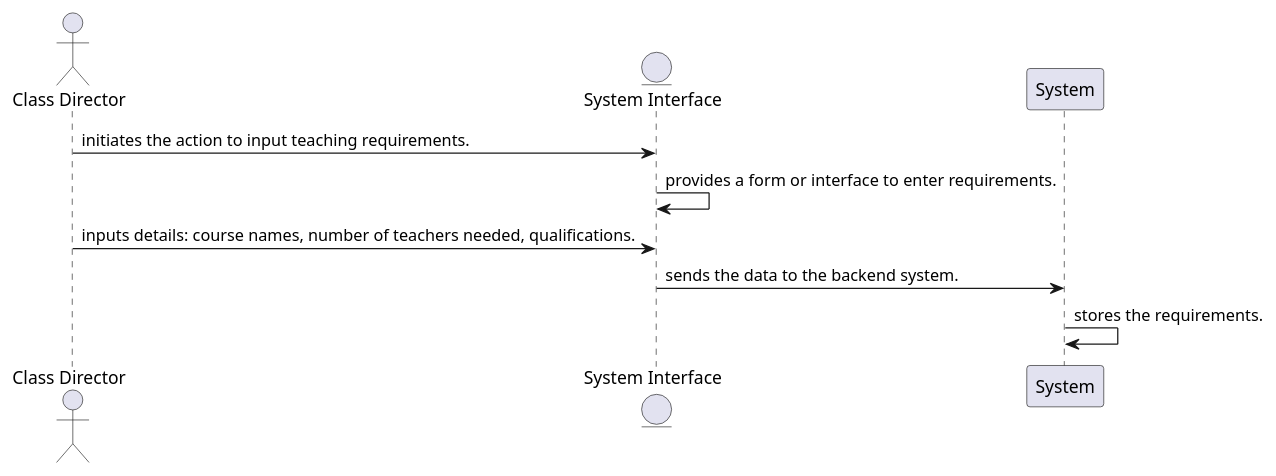
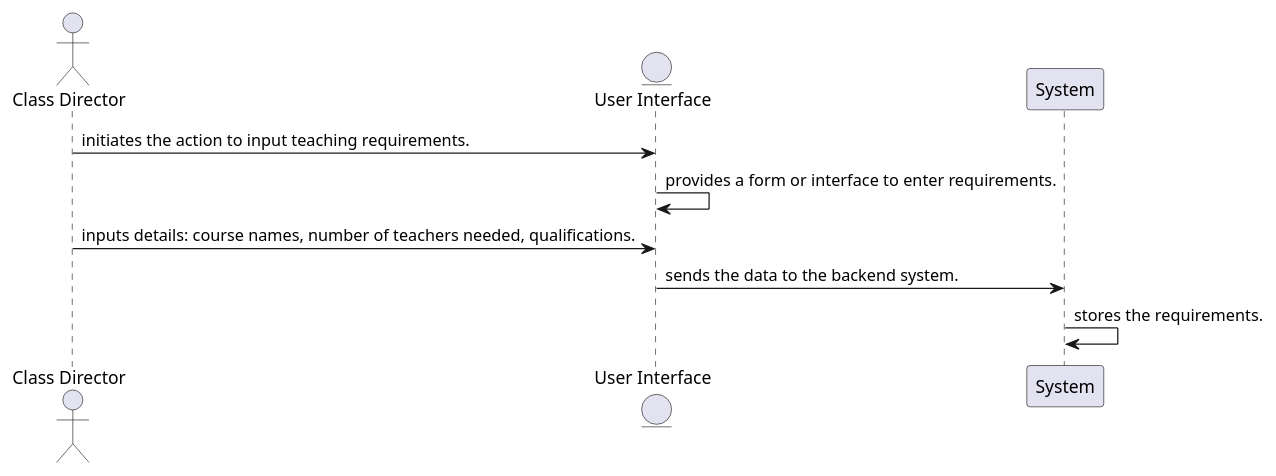
The diagram in Diagrams/Sequence Diagrams/UserStory1.puml (rkerkides/Teacher-Management-App), drawn with PlantUML before and after one commit. The commit also changed 7 other files, not shown here.

```diff
--- a/Diagrams/Sequence Diagrams/UserStory1.puml
+++ b/Diagrams/Sequence Diagrams/UserStory1.puml
@@ -1,9 +1,9 @@
 @startuml
 actor "Class Director" as ClassDirector
-entity "System Interface" as SystemInterface
-ClassDirector -> SystemInterface: initiates the action to input teaching requirements.
-SystemInterface -> SystemInterface: provides a form or interface to enter requirements.
-ClassDirector -> SystemInterface: inputs details: course names, number of teachers needed, qualifications.
-SystemInterface -> System: sends the data to the backend system.
+entity "User Interface" as UserInterface
+ClassDirector -> UserInterface: initiates the action to input teaching requirements.
+UserInterface -> UserInterface: provides a form or interface to enter requirements.
+ClassDirector -> UserInterface: inputs details: course names, number of teachers needed, qualifications.
+UserInterface -> System: sends the data to the backend system.
 System -> System: stores the requirements.
 @enduml
```
